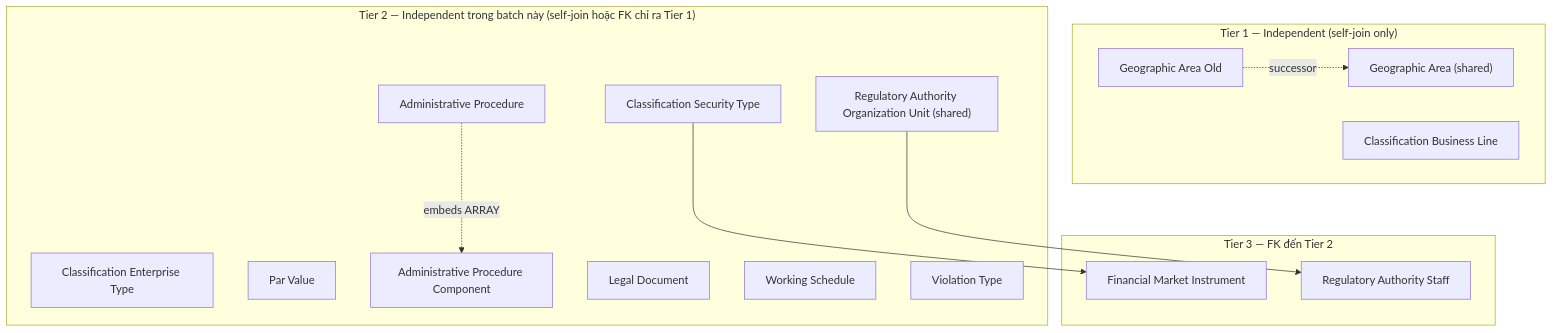
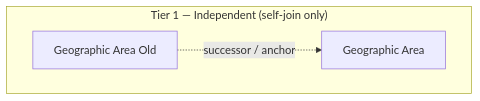
The first of 2 diagrams in DataModel/working/Atomic/hld/ECAT_HLD_Overview.md (linhlvit/ubck_atomic_design), drawn with Mermaid before and after one commit. The commit also changed other lines of this file and 351 other files, not shown here.

````diff
--- a/DataModel/working/Atomic/hld/ECAT_HLD_Overview.md
+++ b/DataModel/working/Atomic/hld/ECAT_HLD_Overview.md
@@ -36,30 +23,9 @@
 ```mermaid
 graph TD
     subgraph T1["Tier 1 — Independent (self-join only)"]
-        GA["Geographic Area (shared)"]
+        GA["Geographic Area"]
         GAO["Geographic Area Old"]
-        CBL["Classification Business Line"]
     end
 
-    subgraph T2["Tier 2 — Independent trong batch này (self-join hoặc FK chỉ ra Tier 1)"]
-        CET["Classification Enterprise Type"]
-        CST["Classification Security Type"]
-        PV["Par Value"]
-        AP["Administrative Procedure"]
-        APC["Administrative Procedure Component"]
-        LD["Legal Document"]
-        WS["Working Schedule"]
-        VT["Violation Type"]
-        RAOU["Regulatory Authority Organization Unit (shared)"]
-    end
-
-    subgraph T3["Tier 3 — FK đến Tier 2"]
-        FMI["Financial Market Instrument"]
-        RAS["Regulatory Authority Staff"]
-    end
-
-    GAO -.successor.-> GA
-    CST --> FMI
-    RAOU --> RAS
-    AP -.embeds ARRAY.-> APC
+    GAO -.successor / anchor.-> GA
 ```
````
